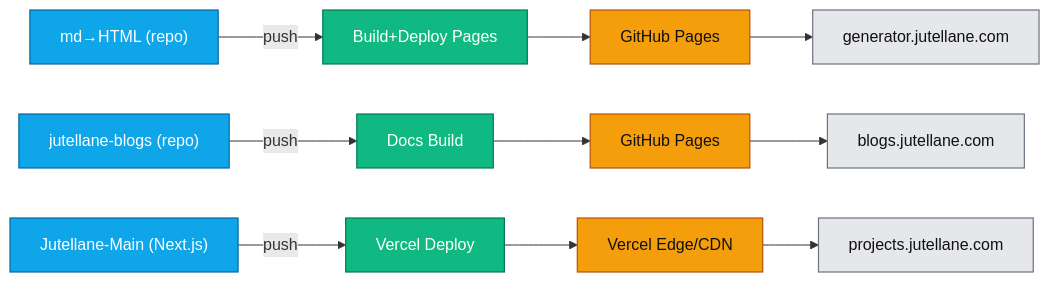
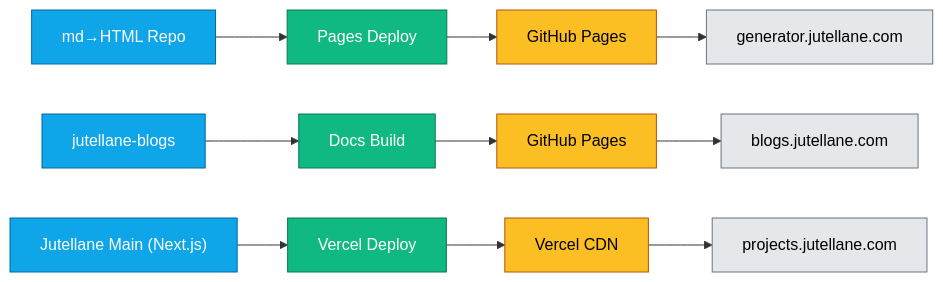
The diagram in README.md (justine6/JustineLonglaT-Lane), drawn with Mermaid before and after one commit. The commit also changed other lines of this file and 45 other files, not shown here.

````diff
--- a/README.md
+++ b/README.md
@@ -67,11 +66,11 @@
 ```mermaid
 flowchart LR
-  classDef repo fill:#0ea5e9,stroke:#0369a1,color:#fff,stroke-width:1.2px;
-  classDef actions fill:#10b981,stroke:#047857,color:#fff,stroke-width:1.2px;
-  classDef host fill:#f59e0b,stroke:#b45309,color:#111,stroke-width:1.2px;
-  classDef dns fill:#e5e7eb,stroke:#6b7280,color:#111,stroke-width:1.2px;
+  classDef repo fill:#0ea5e9,stroke:#0369a1,color:#fff;
+  classDef actions fill:#10b981,stroke:#047857,color:#fff;
+  classDef host fill:#fbbf24,stroke:#b45309,color:#000;
+  classDef dns fill:#e5e7eb,stroke:#6b7280,color:#000;
 
-  A1["md→HTML (repo)"]:::repo -->|push| B1["Build+Deploy Pages"]:::actions --> C1["GitHub Pages"]:::host --> D1["generator.jutellane.com"]:::dns
-  A2["jutellane-blogs (repo)"]:::repo -->|push| B2["Docs Build"]:::actions --> C2["GitHub Pages"]:::host --> D2["blogs.jutellane.com"]:::dns
-  A3["Jutellane-Main (Next.js)"]:::repo -->|push| B3["Vercel Deploy"]:::actions --> C3["Vercel Edge/CDN"]:::host --> D3["projects.jutellane.com"]:::dns
+  A1["md→HTML Repo"]:::repo --> B1["Pages Deploy"]:::actions --> C1["GitHub Pages"]:::host --> D1["generator.jutellane.com"]:::dns
+  A2["jutellane-blogs"]:::repo --> B2["Docs Build"]:::actions --> C2["GitHub Pages"]:::host --> D2["blogs.jutellane.com"]:::dns
+  A3["Jutellane Main (Next.js)"]:::repo --> B3["Vercel Deploy"]:::actions --> C3["Vercel CDN"]:::host --> D3["projects.jutellane.com"]:::dns
 ```
````
